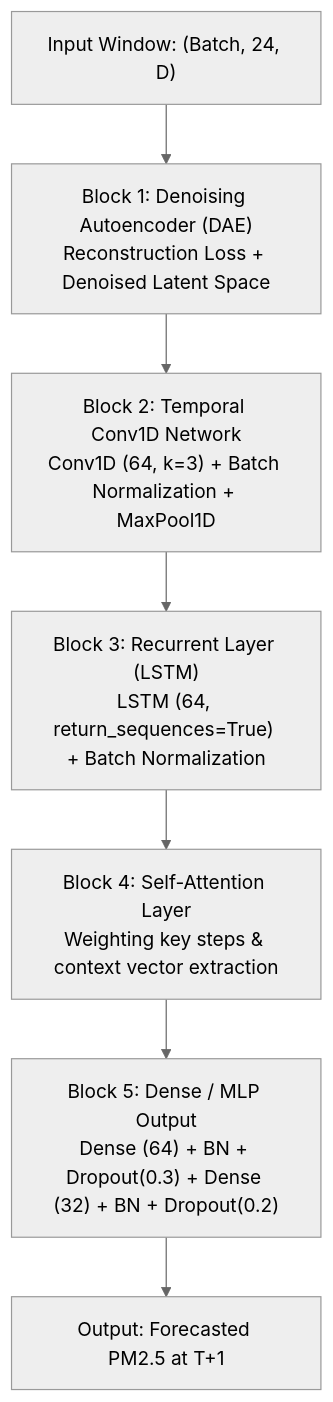
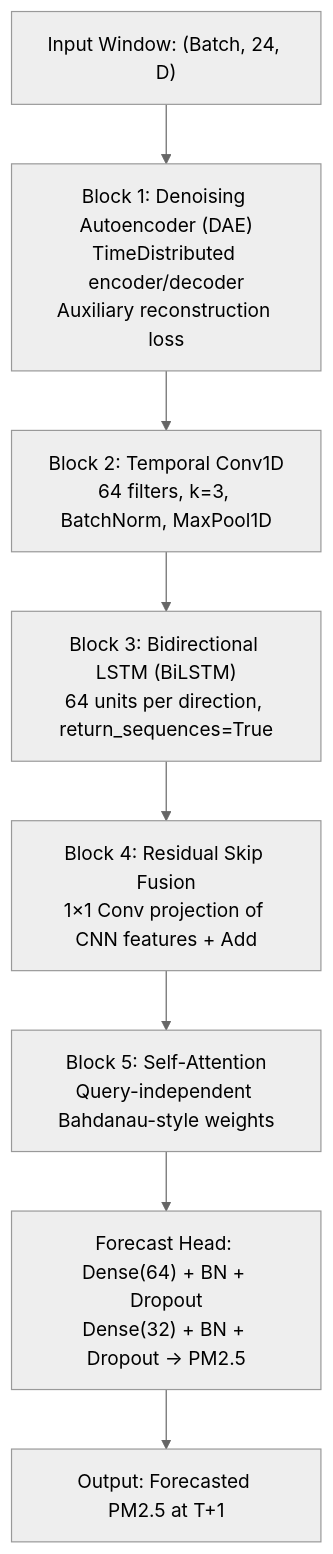
One commit to sevketmelih/FiveBlockModel changed the diagram in README.md. Above: the diagram before and after it, drawn with Mermaid (neutral theme). The commit also changed other lines of this file, not shown here.

````diff
--- a/README.md
+++ b/README.md
@@ -81,9 +126,10 @@
 ```mermaid
 graph TD
-    Input["Input Window: (Batch, 24, D)"] --> Block1["Block 1: Denoising Autoencoder (DAE)<br>Reconstruction Loss + Denoised Latent Space"]
-    Block1 --> Block2["Block 2: Temporal Conv1D Network<br>Conv1D (64, k=3) + Batch Normalization + MaxPool1D"]
-    Block2 --> Block3["Block 3: Recurrent Layer (LSTM)<br>LSTM (64, return_sequences=True) + Batch Normalization"]
-    Block3 --> Block4["Block 4: Self-Attention Layer<br>Weighting key steps & context vector extraction"]
-    Block4 --> Block5["Block 5: Dense / MLP Output<br>Dense (64) + BN + Dropout(0.3) + Dense (32) + BN + Dropout(0.2)"]
-    Block5 --> Output["Output: Forecasted PM2.5 at T+1"]
+    Input["Input Window: (Batch, 24, D)"] --> Block1["Block 1: Denoising Autoencoder (DAE)<br/>TimeDistributed encoder/decoder<br/>Auxiliary reconstruction loss"]
+    Block1 --> Block2["Block 2: Temporal Conv1D<br/>64 filters, k=3, BatchNorm, MaxPool1D"]
+    Block2 --> Block3["Block 3: Bidirectional LSTM (BiLSTM)<br/>64 units per direction, return_sequences=True"]
+    Block3 --> Block4["Block 4: Residual Skip Fusion<br/>1×1 Conv projection of CNN features + Add"]
+    Block4 --> Block5["Block 5: Self-Attention<br/>Query-independent Bahdanau-style weights"]
+    Block5 --> Head["Forecast Head: Dense(64) + BN + Dropout<br/>Dense(32) + BN + Dropout → PM2.5"]
+    Head --> Output["Output: Forecasted PM2.5 at T+1"]
 ```
````
